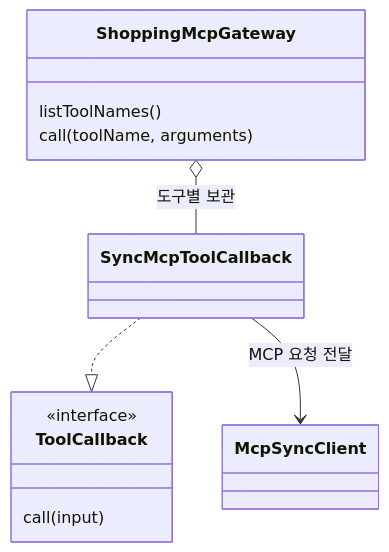
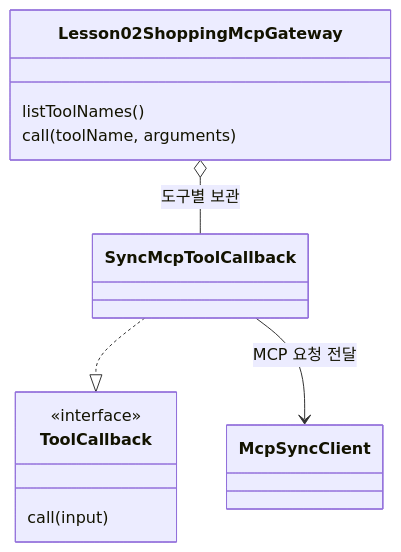
Before and after one commit to Justin-ad-Park/SpringShoppingAI: the diagram in Spring-AI-Agent-Learning/docs/lessons/11-mcp-workflow-agent/02-direct-call.md, drawn with Mermaid. The commit also changed other lines of this file and 248 other files, not shown here.

````diff
--- a/Spring-AI-Agent-Learning/docs/lessons/11-mcp-workflow-agent/02-direct-call.md
+++ b/Spring-AI-Agent-Learning/docs/lessons/11-mcp-workflow-agent/02-direct-call.md
@@ -29,16 +29,16 @@
 ```mermaid
 classDiagram
     class ToolCallback {
         <<interface>>
         call(input)
     }
-    class ShoppingMcpGateway {
+    class Lesson02ShoppingMcpGateway {
         listToolNames()
         call(toolName, arguments)
     }
     class SyncMcpToolCallback
     class McpSyncClient
-    ShoppingMcpGateway o-- SyncMcpToolCallback : 도구별 보관
+    Lesson02ShoppingMcpGateway o-- SyncMcpToolCallback : 도구별 보관
     SyncMcpToolCallback ..|> ToolCallback
     SyncMcpToolCallback --> McpSyncClient : MCP 요청 전달
 ```
````
